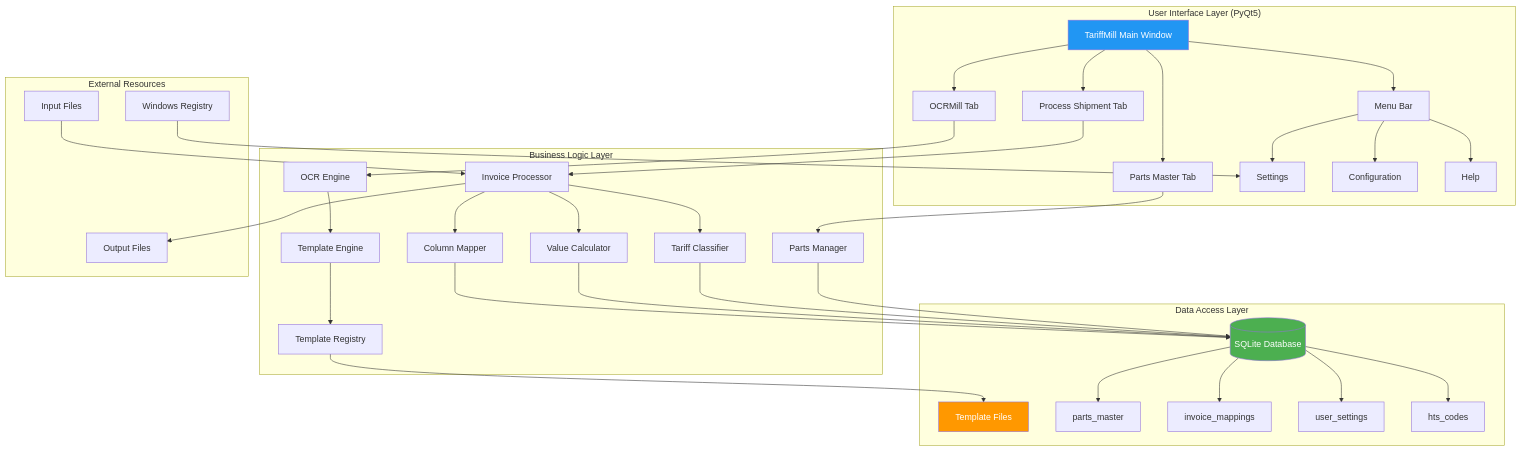
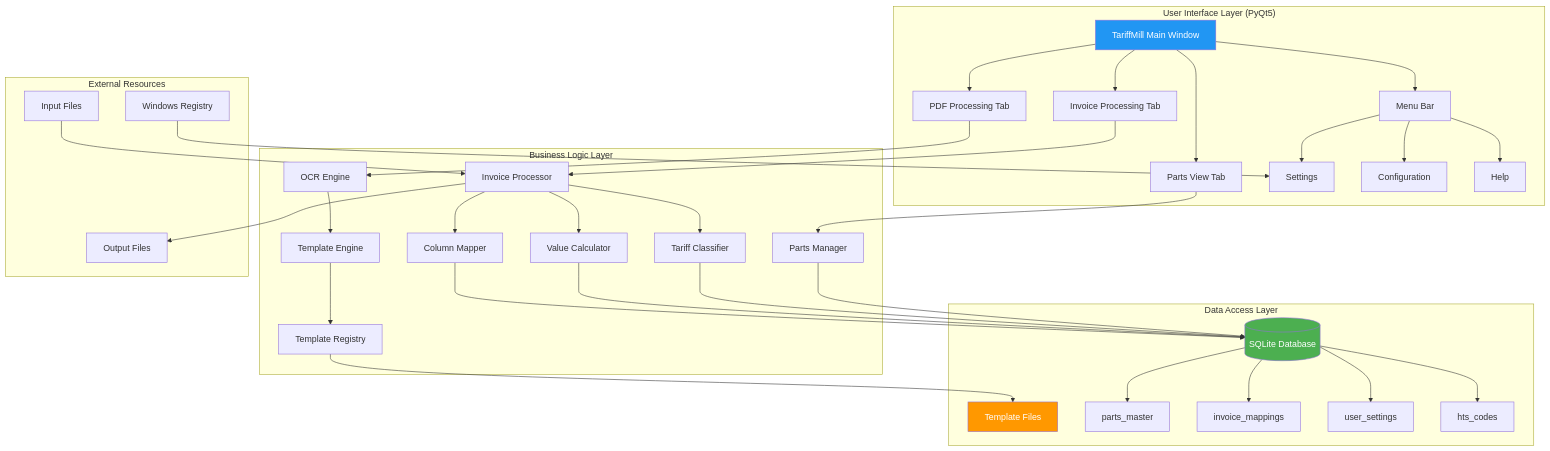
Before and after one commit to royalpayne/DerivativeMill: the first of 2 diagrams in docs/flowcharts/05_application_architecture.md, drawn with Mermaid. The commit also changed other lines of this file and 22 other files, not shown here.

````diff
--- a/docs/flowcharts/05_application_architecture.md
+++ b/docs/flowcharts/05_application_architecture.md
@@ -5,49 +5,49 @@
 ```mermaid
 flowchart TD
     subgraph UI["User Interface Layer (PyQt5)"]
         A[TariffMill Main Window]
-        A --> B[Process Shipment Tab]
-        A --> C[Parts Master Tab]
-        A --> D[OCRMill Tab]
+        A --> B[Invoice Processing Tab]
+        A --> C[PDF Processing Tab]
+        A --> D[Parts View Tab]
         A --> E[Menu Bar]
         E --> F[Settings]
         E --> G[Configuration]
         E --> H[Help]
     end
 
     subgraph Business["Business Logic Layer"]
         B --> I[Invoice Processor]
-        C --> J[Parts Manager]
-        D --> K[OCR Engine]
+        C --> J[OCR Engine]
+        D --> K[Parts Manager]
 
         I --> L[Column Mapper]
         I --> M[Value Calculator]
         I --> N[Tariff Classifier]
 
-        K --> O[Template Engine]
+        J --> O[Template Engine]
         O --> P[Template Registry]
     end
 
     subgraph Data["Data Access Layer"]
         L --> Q[(SQLite Database)]
         M --> Q
         N --> Q
-        J --> Q
+        K --> Q
         P --> R[Template Files]
 
         Q --> S[parts_master]
         Q --> T[invoice_mappings]
         Q --> U[user_settings]
         Q --> V[hts_codes]
     end
 
     subgraph External["External Resources"]
         W[Input Files] --> I
         I --> X[Output Files]
         Y[Windows Registry] --> F
     end
 
     style A fill:#2196F3,color:#fff
     style Q fill:#4CAF50,color:#fff
     style R fill:#FF9800,color:#fff
 ```
````
